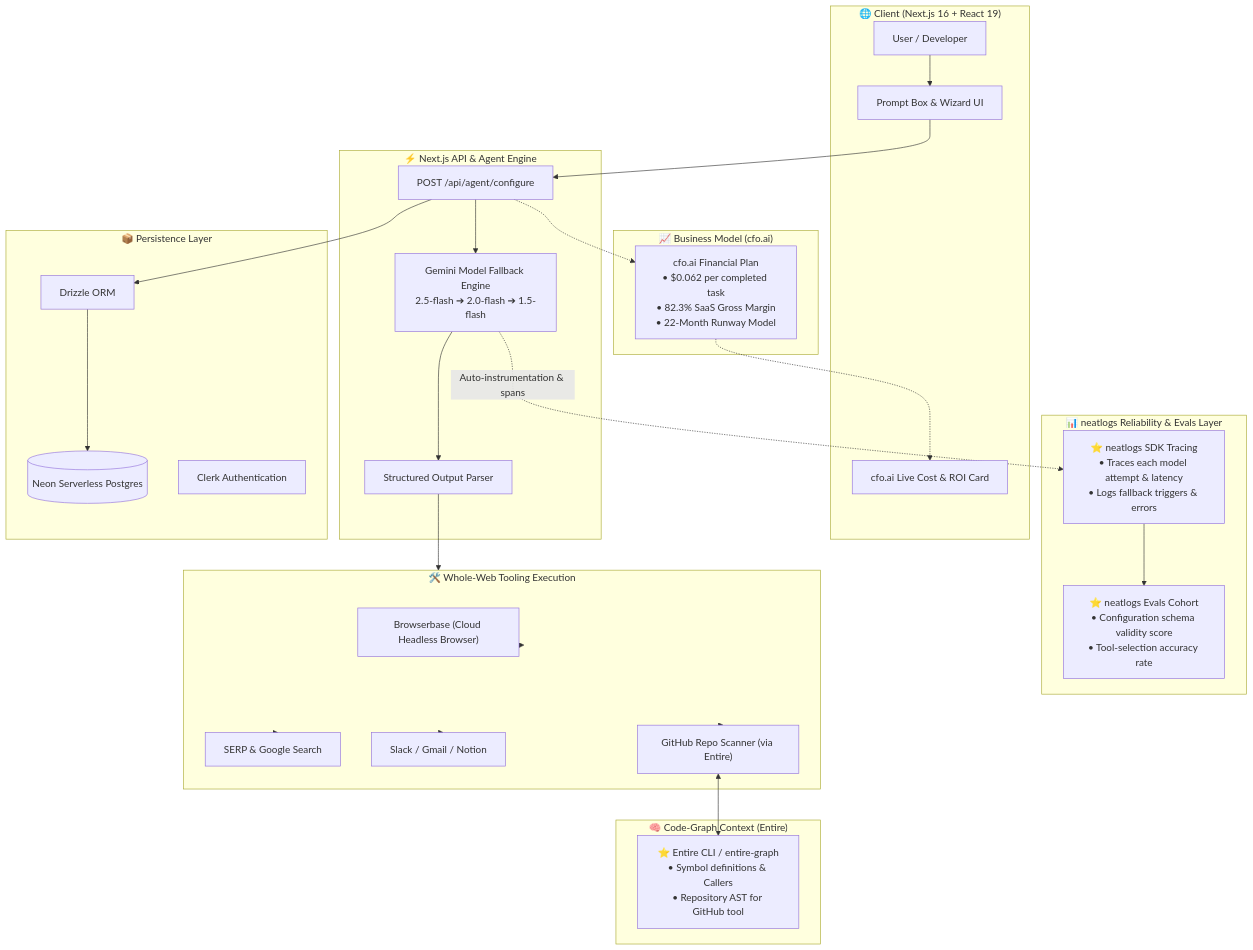
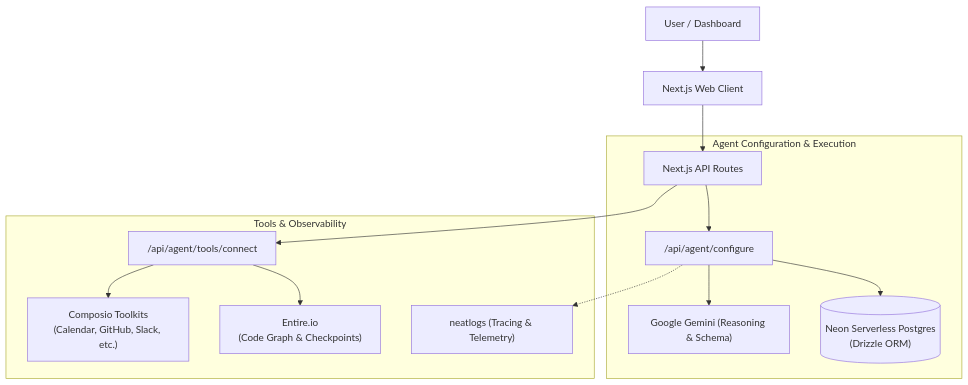
The diagram in README.md (prakharsingh-74/Groovi-AI), drawn with Mermaid before and after one commit. The commit also changed other lines of this file and 1 other file, not shown here.

````diff
--- a/README.md
+++ b/README.md
@@ -25,55 +19,18 @@
 ```mermaid
 flowchart TD
-    subgraph Client ["🌐 Client (Next.js 16 + React 19)"]
-        User["User / Developer"]
-        PromptUI["Prompt Box & Wizard UI"]
-        CFOViewer["cfo.ai Live Cost & ROI Card"]
+    User["User / Dashboard"] --> NextClient["Next.js Web Client"]
+    NextClient --> API["Next.js API Routes"]
+    
+    subgraph AgentEngine ["Agent Configuration & Execution"]
+        API --> ConfigRoute["/api/agent/configure"]
+        ConfigRoute --> Gemini["Google Gemini (Reasoning & Schema)"]
+        ConfigRoute --> DB[("Neon Serverless Postgres\n(Drizzle ORM)")]
     end
 
-    subgraph BackendEngine ["⚡ Next.js API & Agent Engine"]
-        ConfigRoute["POST /api/agent/configure"]
-        MultiModelRetry["Gemini Model Fallback Engine<br/>2.5-flash ➔ 2.0-flash ➔ 1.5-flash"]
-        SchemaValidator["Structured Output Parser"]
+    subgraph Integrations ["Tools & Observability"]
+        API --> ToolConnect["/api/agent/tools/connect"]
+        ToolConnect --> Composio["Composio Toolkits\n(Calendar, GitHub, Slack, etc.)"]
+        ToolConnect --> Entire["Entire.io\n(Code Graph & Checkpoints)"]
+        ConfigRoute -.-> Neatlogs["neatlogs (Tracing & Telemetry)"]
     end
-
-    subgraph ObservabilityLayer ["📊 neatlogs Reliability & Evals Layer"]
-        NeatTracer["⭐ neatlogs SDK Tracing<br/>• Traces each model attempt & latency<br/>• Logs fallback triggers & errors"]
-        NeatEvals["⭐ neatlogs Evals Cohort<br/>• Configuration schema validity score<br/>• Tool-selection accuracy rate"]
-    end
-
-    subgraph ContextEngine ["🧠 Code-Graph Context (Entire)"]
-        EntireGraph["⭐ Entire CLI / entire-graph<br/>• Symbol definitions & Callers<br/>• Repository AST for GitHub tool"]
-    end
-
-    subgraph Persistence ["📦 Persistence Layer"]
-        NeonDB[("Neon Serverless Postgres")]
-        Drizzle["Drizzle ORM"]
-        Clerk["Clerk Authentication"]
-    end
-
-    subgraph ToolsEngine ["🛠️ Whole-Web Tooling Execution"]
-        Browserbase["Browserbase (Cloud Headless Browser)"]
-        WebSearch["SERP & Google Search"]
-        Workspace["Slack / Gmail / Notion"]
-        GitHubTool["GitHub Repo Scanner (via Entire)"]
-    end
-
-    subgraph Economics ["📈 Business Model (cfo.ai)"]
-        CFOModel["cfo.ai Financial Plan<br/>• $0.062 per completed task<br/>• 82.3% SaaS Gross Margin<br/>• 22-Month Runway Model"]
-    end
-
-    User --> PromptUI --> ConfigRoute
-    ConfigRoute --> Drizzle --> NeonDB
-    ConfigRoute --> MultiModelRetry
-    MultiModelRetry -.->|"Auto-instrumentation & spans"| NeatTracer
-    NeatTracer --> NeatEvals
-
-    MultiModelRetry --> SchemaValidator
-    SchemaValidator --> ToolsEngine
-
-    ToolsEngine --> Browserbase & WebSearch & Workspace
-    ToolsEngine --> GitHubTool <--> EntireGraph
-
-    ConfigRoute -.-> CFOModel
-    CFOModel -.-> CFOViewer
 ```
````
